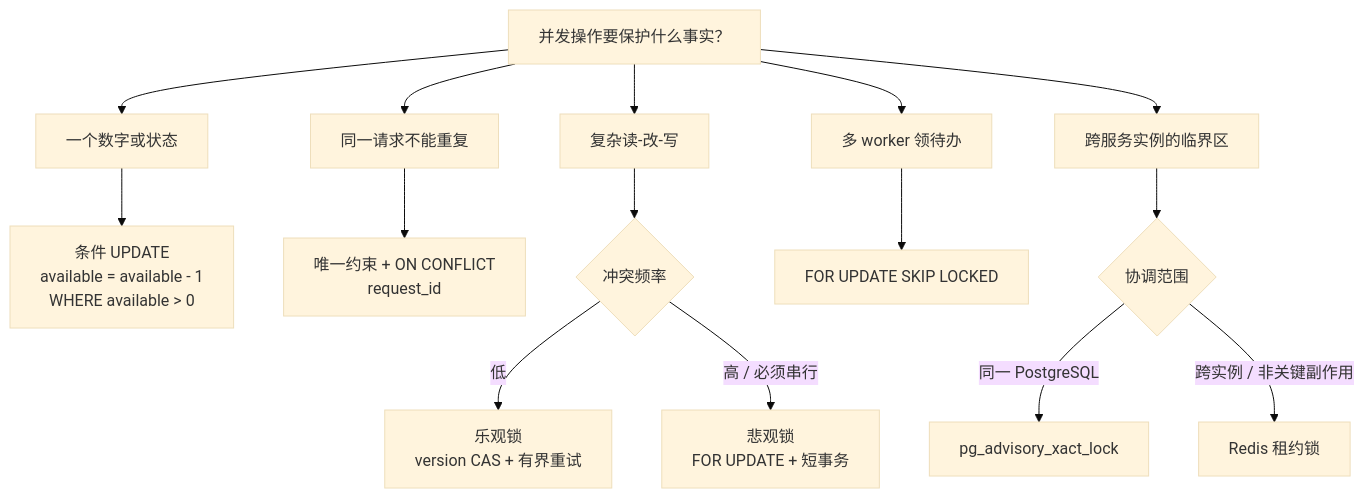
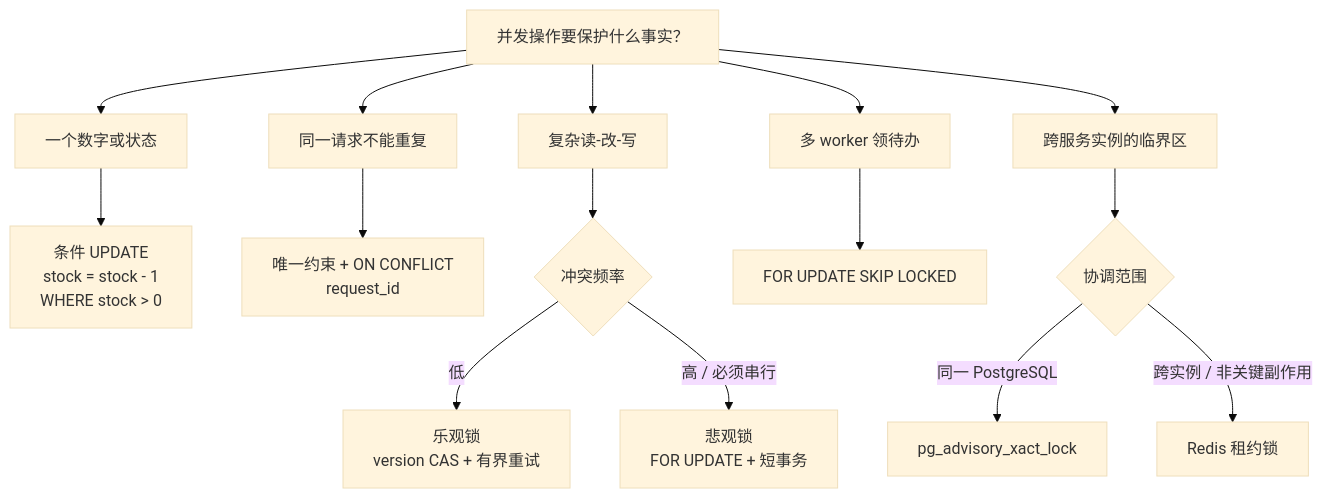
The first of 2 diagrams in 锁教程/概念地图.md (tianshiyang/ai-lab), drawn with Mermaid (base theme) before and after one commit. The commit also changed other lines of this file and 10 other files, not shown here.

````diff
--- a/锁教程/概念地图.md
+++ b/锁教程/概念地图.md
@@ -3,19 +3,19 @@
 ```mermaid
 flowchart TD
     Q[并发操作要保护什么事实？]
     Q --> A[一个数字或状态]
     Q --> B[同一请求不能重复]
     Q --> C[复杂读-改-写]
     Q --> D[多 worker 领待办]
     Q --> E[跨服务实例的临界区]
 
-    A --> A1[条件 UPDATE<br/>available = available - 1<br/>WHERE available > 0]
+    A --> A1[条件 UPDATE<br/>stock = stock - 1<br/>WHERE stock > 0]
     B --> B1[唯一约束 + ON CONFLICT<br/>request_id]
     C --> C1{冲突频率}
     C1 -->|低| C2[乐观锁<br/>version CAS + 有界重试]
     C1 -->|高 / 必须串行| C3[悲观锁<br/>FOR UPDATE + 短事务]
     D --> D1[FOR UPDATE SKIP LOCKED]
     E --> E1{协调范围}
     E1 -->|同一 PostgreSQL| E2[pg_advisory_xact_lock]
     E1 -->|跨实例 / 非关键副作用| E3[Redis 租约锁]
 ```
````
